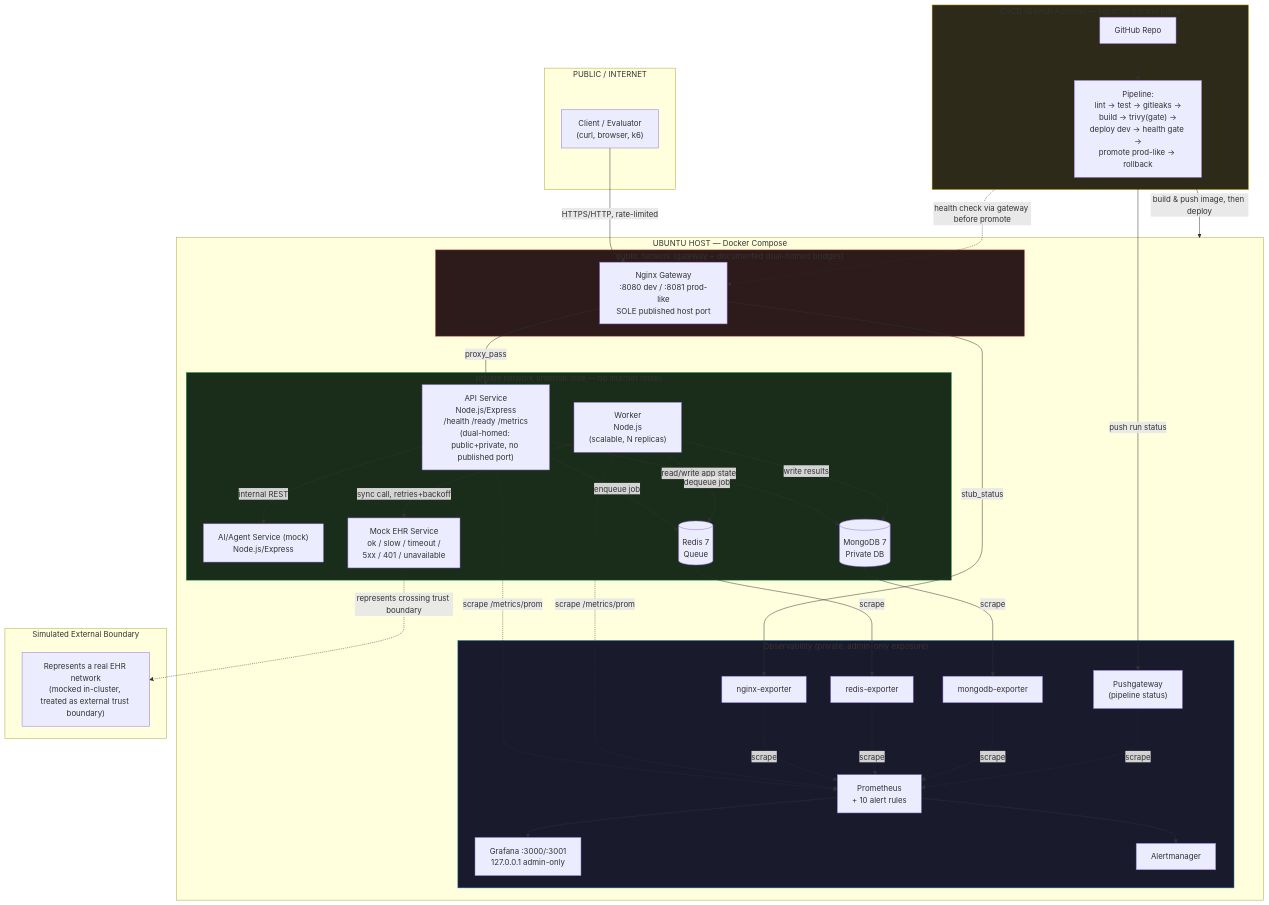
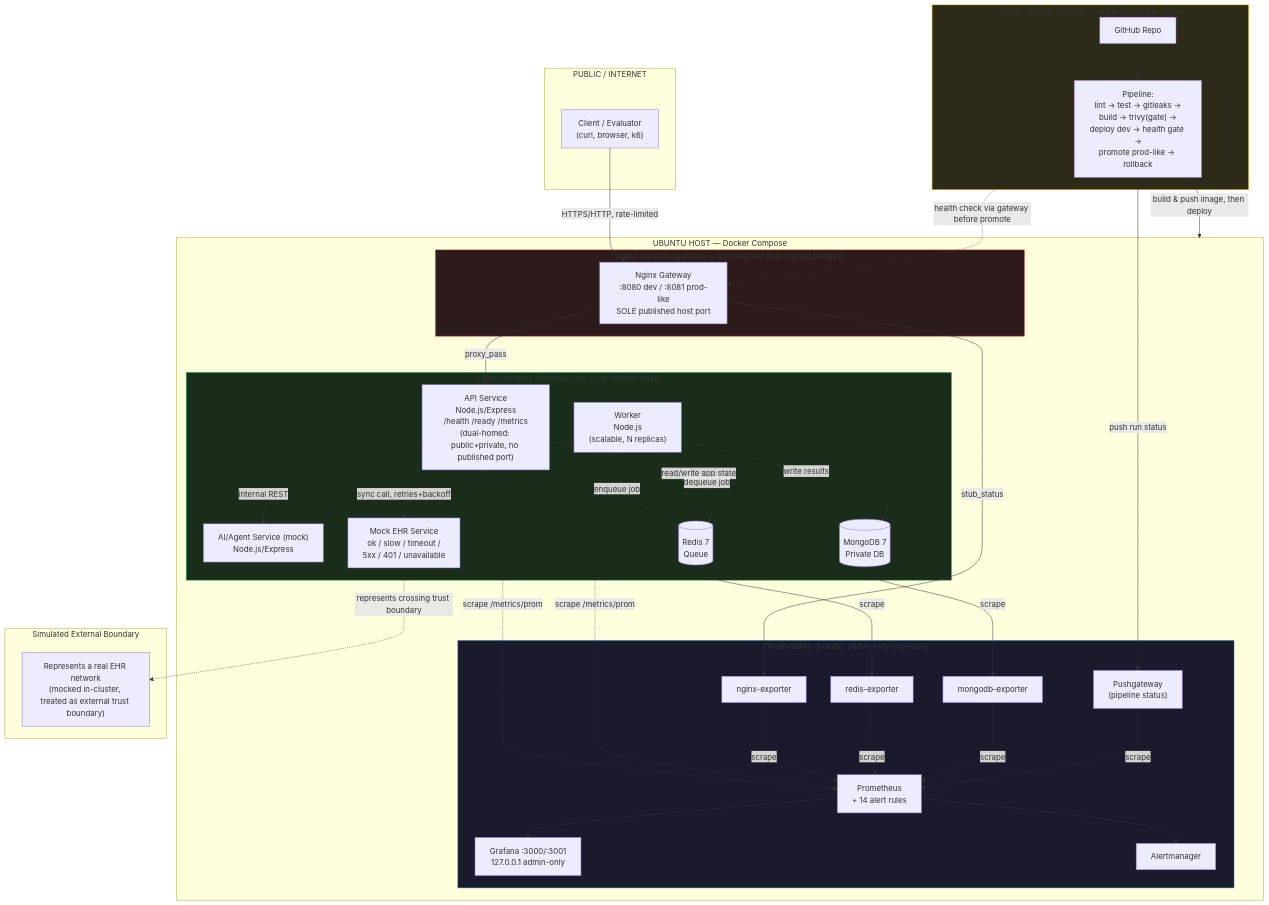
One commit to viggu777/ai-healthcare-cloud-infra-simulation changed the first of 2 diagrams in docs/TARGET_ARCHITECTURE.md. Above: the diagram before and after it, drawn with Mermaid. The commit also changed other lines of this file and 43 other files, not shown here.

````diff
--- a/docs/TARGET_ARCHITECTURE.md
+++ b/docs/TARGET_ARCHITECTURE.md
@@ -45,65 +45,65 @@
 ```mermaid
 flowchart TB
     subgraph INTERNET["PUBLIC / INTERNET"]
         CLIENT["Client / Evaluator<br/>(curl, browser, k6)"]
     end
 
     subgraph DEVOPS["CI/CD (GitHub Actions) — separate control plane"]
         GH["GitHub Repo"] --> PIPE["Pipeline:<br/>lint → test → gitleaks →<br/>build → trivy(gate) →<br/>deploy dev → health gate →<br/>promote prod-like → rollback"]
     end
 
     subgraph HOST["UBUNTU HOST — Docker Compose"]
     subgraph PUBNET["public network (gateway + documented dual-homed bridges)"]
         NGINX["Nginx Gateway<br/>:8080 dev / :8081 prod-like<br/>SOLE published host port"]
     end
 
     subgraph PRIVNET["private network (internal: true — no internet route)"]
         API["API Service<br/>Node.js/Express<br/>/health /ready /metrics<br/>(dual-homed: public+private, no published port)"]
             AI["AI/Agent Service (mock)<br/>Node.js/Express"]
             WORKER["Worker<br/>Node.js<br/>(scalable, N replicas)"]
             REDIS[("Redis 7<br/>Queue")]
             MONGO[("MongoDB 7<br/>Private DB")]
             EHR["Mock EHR Service<br/>ok / slow / timeout /<br/>5xx / 401 / unavailable"]
         end
 
         subgraph OBS["Observability (private, admin-only exposure)"]
-            PROM["Prometheus<br/>+ 10 alert rules"]
+            PROM["Prometheus<br/>+ 14 alert rules"]
             GRAF["Grafana :3000/:3001<br/>127.0.0.1 admin-only"]
             AM["Alertmanager"]
             PG["Pushgateway<br/>(pipeline status)"]
             REXP["redis-exporter"]
             MEXP["mongodb-exporter"]
             NEXP["nginx-exporter"]
         end
     end
 
     subgraph EXT["Simulated External Boundary"]
         EHRNOTE["Represents a real EHR network<br/>(mocked in-cluster, treated as external trust boundary)"]
     end
 
     CLIENT -->|HTTPS/HTTP, rate-limited| NGINX
     NGINX -->|proxy_pass| API
     API -->|internal REST| AI
     API -->|enqueue job| REDIS
     API -->|read/write app state| MONGO
     WORKER -->|dequeue job| REDIS
     WORKER -->|write results| MONGO
     WORKER -->|sync call, retries+backoff| EHR
     EHR -.->|represents crossing trust boundary| EHRNOTE
     API -.->|scrape /metrics/prom| PROM
     WORKER -.->|scrape /metrics/prom| PROM
     NGINX -->|stub_status| NEXP -.->|scrape| PROM
     REDIS -->|scrape| REXP -.->|scrape| PROM
     MONGO -->|scrape| MEXP -.->|scrape| PROM
     PIPE -->|push run status| PG -.->|scrape| PROM
     PROM --> AM
     PROM --> GRAF
 
     PIPE -->|build & push image, then deploy| HOST
     PIPE -.->|health check via gateway before promote| NGINX
 
     style PUBNET fill:#2d1a1a,stroke:#c0392b
     style PRIVNET fill:#1a2d1a,stroke:#27ae60
     style OBS fill:#1a1a2d,stroke:#2980b9
     style DEVOPS fill:#2d2a1a,stroke:#d4ac0d
 ```
````
